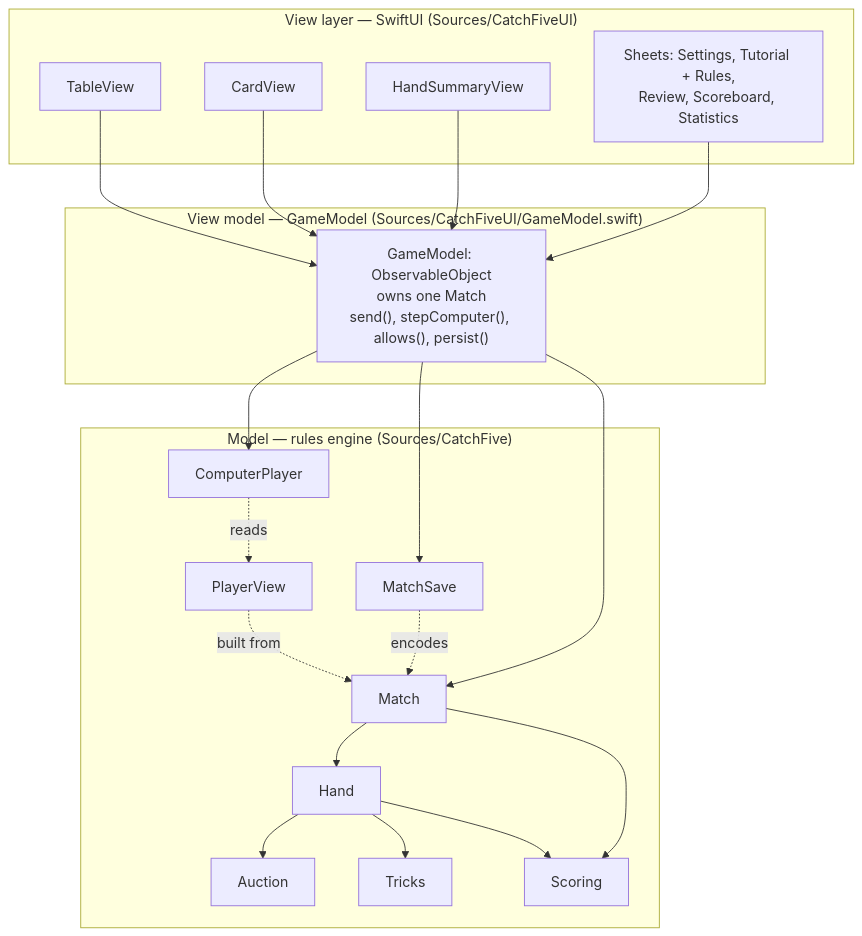
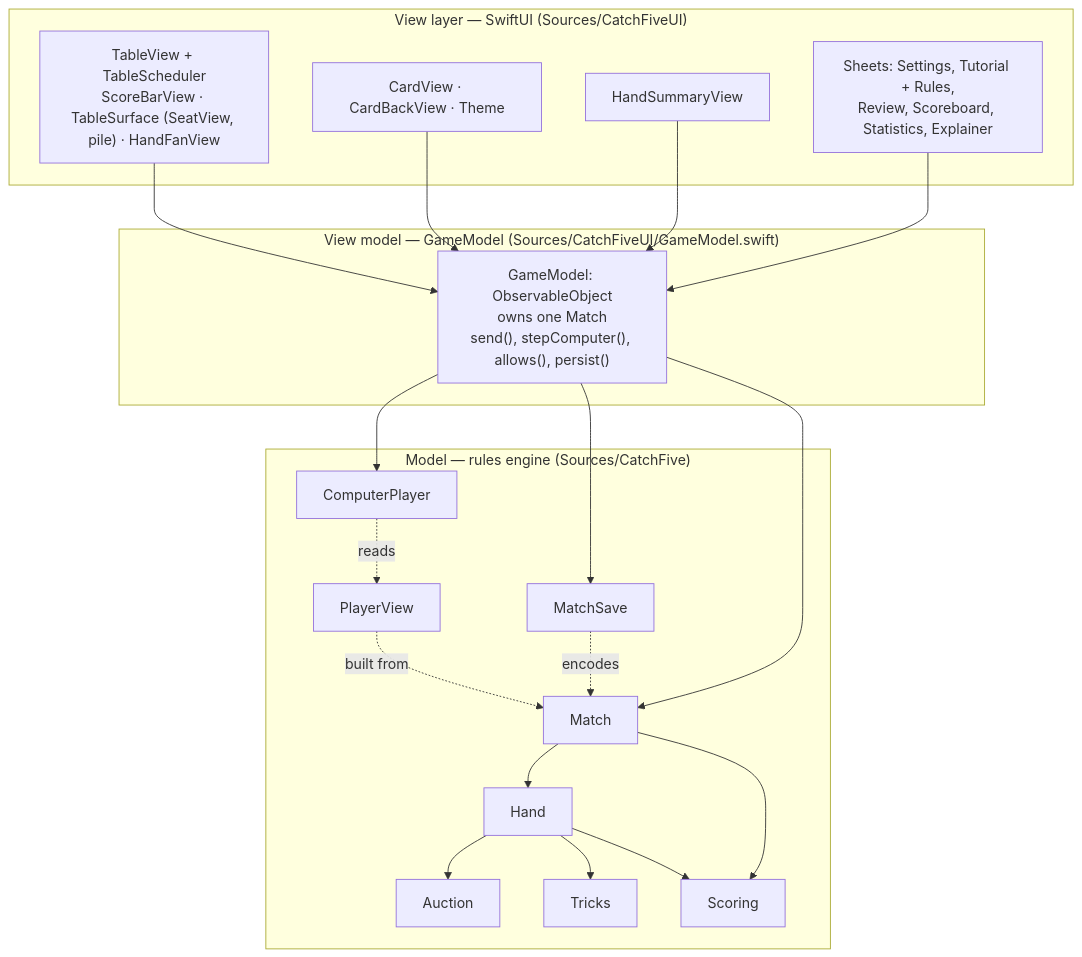
Before and after one commit to cmurphy1140/catch-5: the first of 3 diagrams in docs/architecture.md, drawn with Mermaid. The commit also changed 27 other files, not shown here.

````diff
--- a/docs/architecture.md
+++ b/docs/architecture.md
@@ -5,29 +5,29 @@
 ```mermaid
 flowchart TB
     subgraph View["View layer — SwiftUI (Sources/CatchFiveUI)"]
-        TV[TableView]
-        CV[CardView]
+        TV["TableView + TableScheduler<br/>ScoreBarView · TableSurface (SeatView, pile) · HandFanView"]
+        CV["CardView · CardBackView · Theme"]
         HS[HandSummaryView]
-        SH["Sheets: Settings, Tutorial + Rules,<br/>Review, Scoreboard, Statistics"]
+        SH["Sheets: Settings, Tutorial + Rules,<br/>Review, Scoreboard, Statistics, Explainer"]
     end
     subgraph VM["View model — GameModel (Sources/CatchFiveUI/GameModel.swift)"]
         GM["GameModel: ObservableObject<br/>owns one Match<br/>send(), stepComputer(), allows(), persist()"]
     end
     subgraph Model["Model — rules engine (Sources/CatchFive)"]
         M[Match] --> H[Hand]
         H --> AU[Auction]
         H --> TR[Tricks]
         H --> SC[Scoring]
         M --> SC
         CP[ComputerPlayer] -. reads .-> PV[PlayerView]
         PV -. built from .-> M
         MS[MatchSave] -. encodes .-> M
     end
     TV --> GM
     CV --> GM
     HS --> GM
     SH --> GM
     GM --> M
     GM --> CP
     GM --> MS
 ```
````
